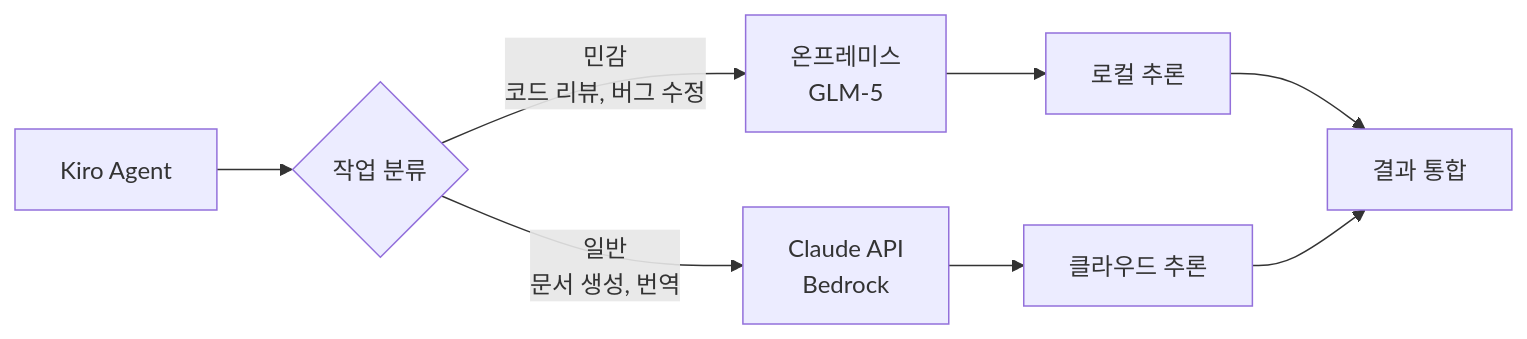
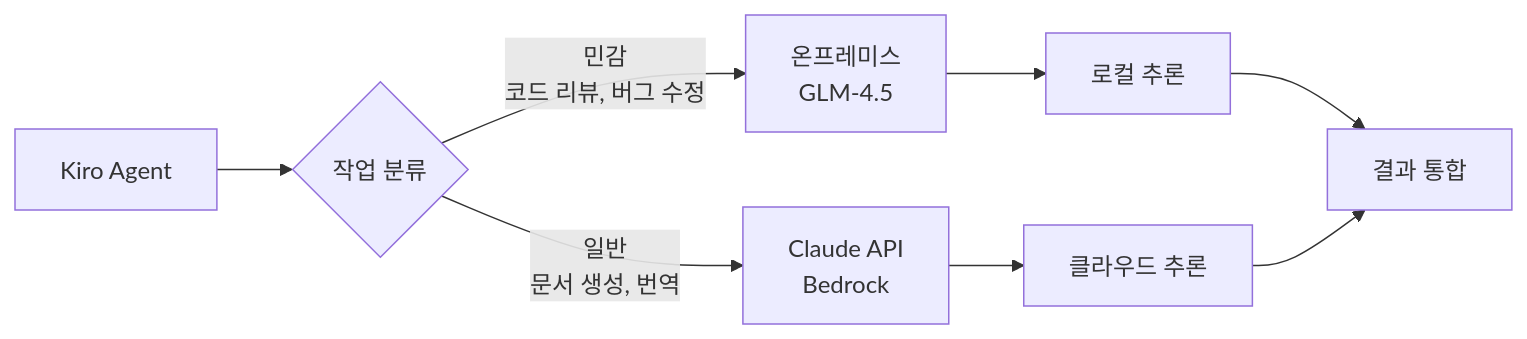
Before and after one commit to devfloor9/engineering-playbook: the third of 4 diagrams in i18n/ko/docusaurus-plugin-content-docs/current/aidlc/toolchain/open-weight-models.md, drawn with Mermaid. The commit also changed other lines of this file and 3 other files, not shown here.

````diff
--- a/i18n/ko/docusaurus-plugin-content-docs/current/aidlc/toolchain/open-weight-models.md
+++ b/i18n/ko/docusaurus-plugin-content-docs/current/aidlc/toolchain/open-weight-models.md
@@ -169,10 +171,10 @@
 ```mermaid
 graph LR
     A[Kiro Agent] --> B{작업 분류}
-    B -->|민감<br/>코드 리뷰, 버그 수정| C[온프레미스<br/>GLM-5]
+    B -->|민감<br/>코드 리뷰, 버그 수정| C[온프레미스<br/>GLM-4.5]
     B -->|일반<br/>문서 생성, 번역| D[Claude API<br/>Bedrock]
     C --> E[로컬 추론]
     D --> F[클라우드 추론]
     E --> G[결과 통합]
     F --> G
 ```
````
